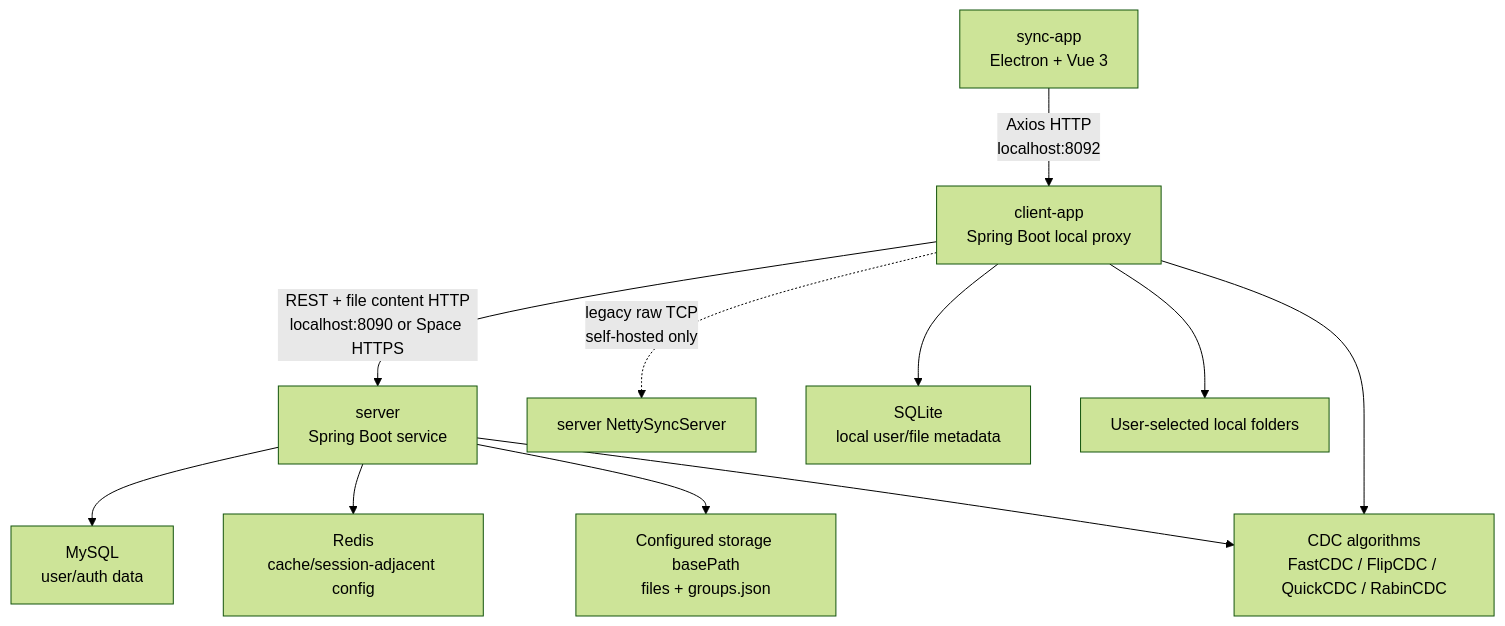
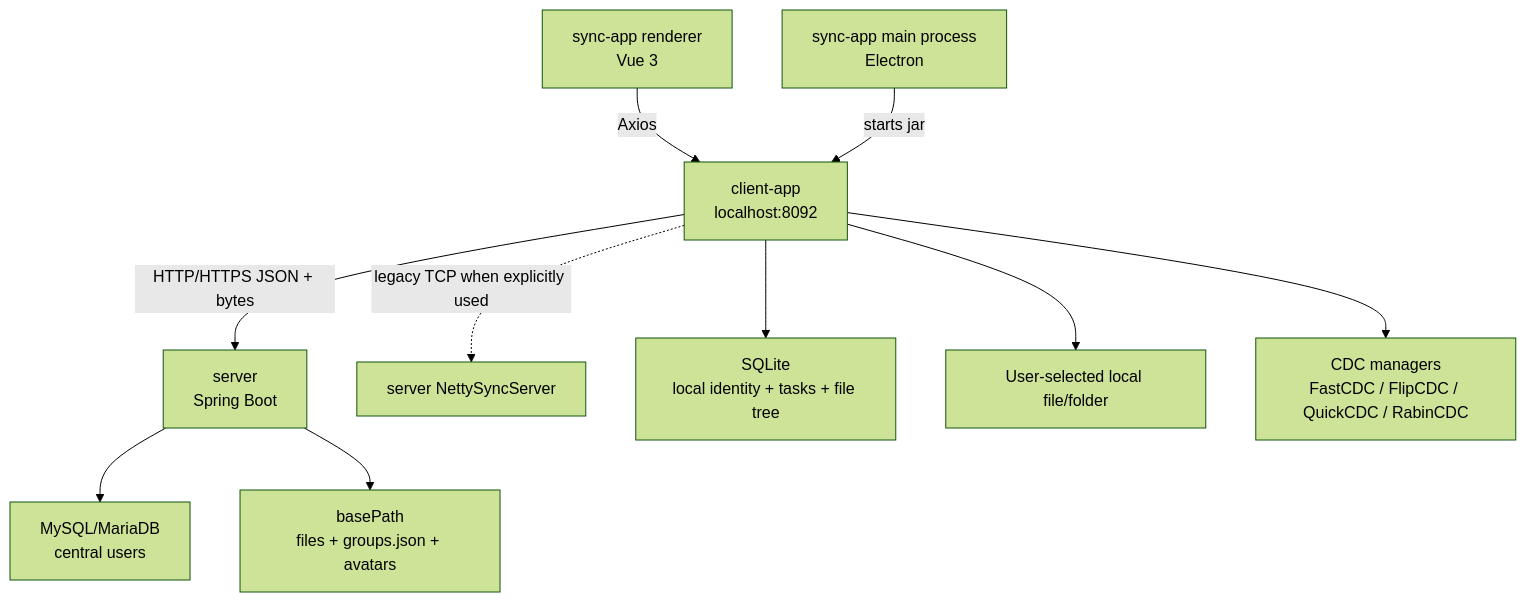
The diagram in ARCHITECTURE.md (Alexander-Bruce/datasync), drawn with Mermaid (forest theme) before and after one commit. The commit also changed other lines of this file and 8 other files, not shown here.

````diff
--- a/ARCHITECTURE.md
+++ b/ARCHITECTURE.md
@@ -7,13 +9,12 @@
 ```mermaid
 flowchart TD
-    UI["sync-app\nElectron + Vue 3"] -->|Axios HTTP\nlocalhost:8092| Client["client-app\nSpring Boot local proxy"]
-    Client -->|REST + file content HTTP\nlocalhost:8090 or Space HTTPS| Server["server\nSpring Boot service"]
-    Client -.->|legacy raw TCP\nself-hosted only| NettyServer["server NettySyncServer"]
-    Server --> MySQL["MySQL\nuser/auth data"]
-    Server --> Redis["Redis\ncache/session-adjacent config"]
-    Server --> Storage["Configured storage basePath\nfiles + groups.json"]
-    Client --> SQLite["SQLite\nlocal user/file metadata"]
-    Client --> LocalFiles["User-selected local folders"]
-    Client --> CDC["CDC algorithms\nFastCDC / FlipCDC / QuickCDC / RabinCDC"]
-    Server --> CDC
+    Renderer["sync-app renderer<br/>Vue 3"] -->|Axios| LocalAPI["client-app<br/>localhost:8092"]
+    Main["sync-app main process<br/>Electron"] -->|starts jar| LocalAPI
+    LocalAPI -->|HTTP/HTTPS JSON + bytes| ServerAPI["server<br/>Spring Boot"]
+    LocalAPI -.->|legacy TCP when explicitly used| NettyServer["server NettySyncServer"]
+    LocalAPI --> SQLite["SQLite<br/>local identity + tasks + file tree"]
+    LocalAPI --> LocalDisk["User-selected local file/folder"]
+    LocalAPI --> CDC["CDC managers<br/>FastCDC / FlipCDC / QuickCDC / RabinCDC"]
+    ServerAPI --> MySQL["MySQL/MariaDB<br/>central users"]
+    ServerAPI --> ServerDisk["basePath<br/>files + groups.json + avatars"]
 ```
````
